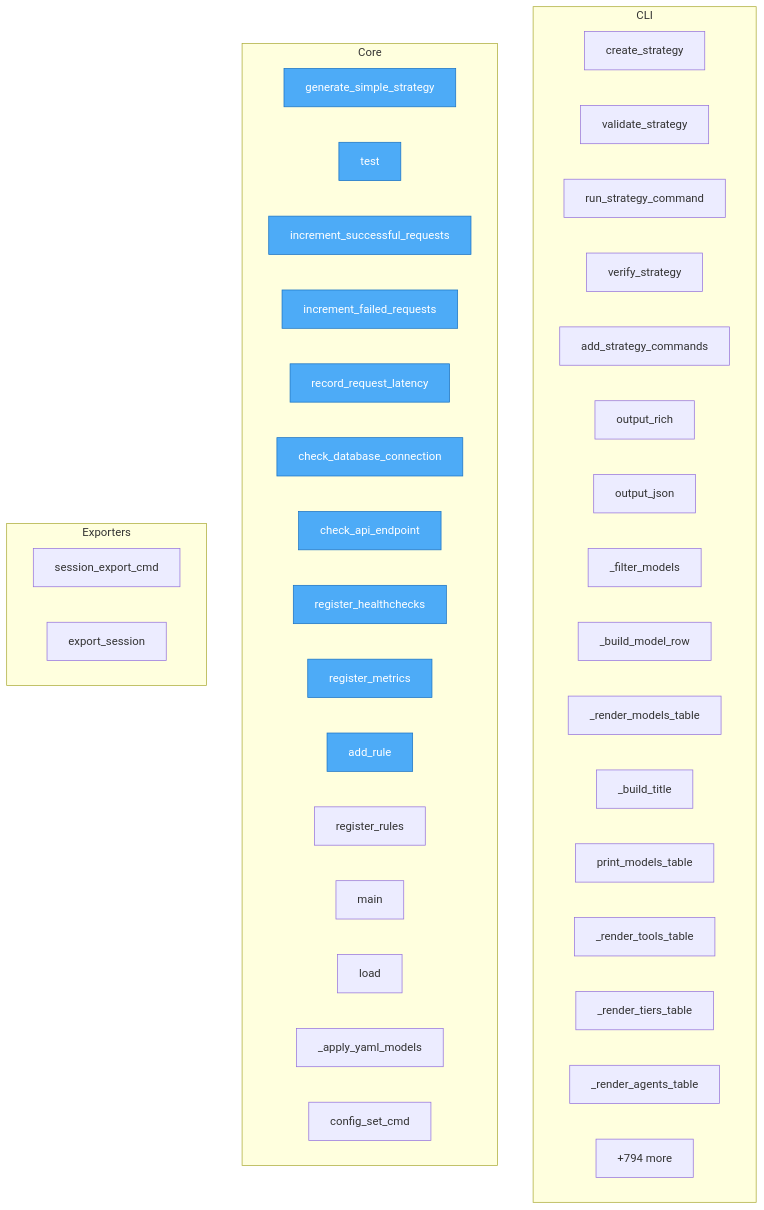
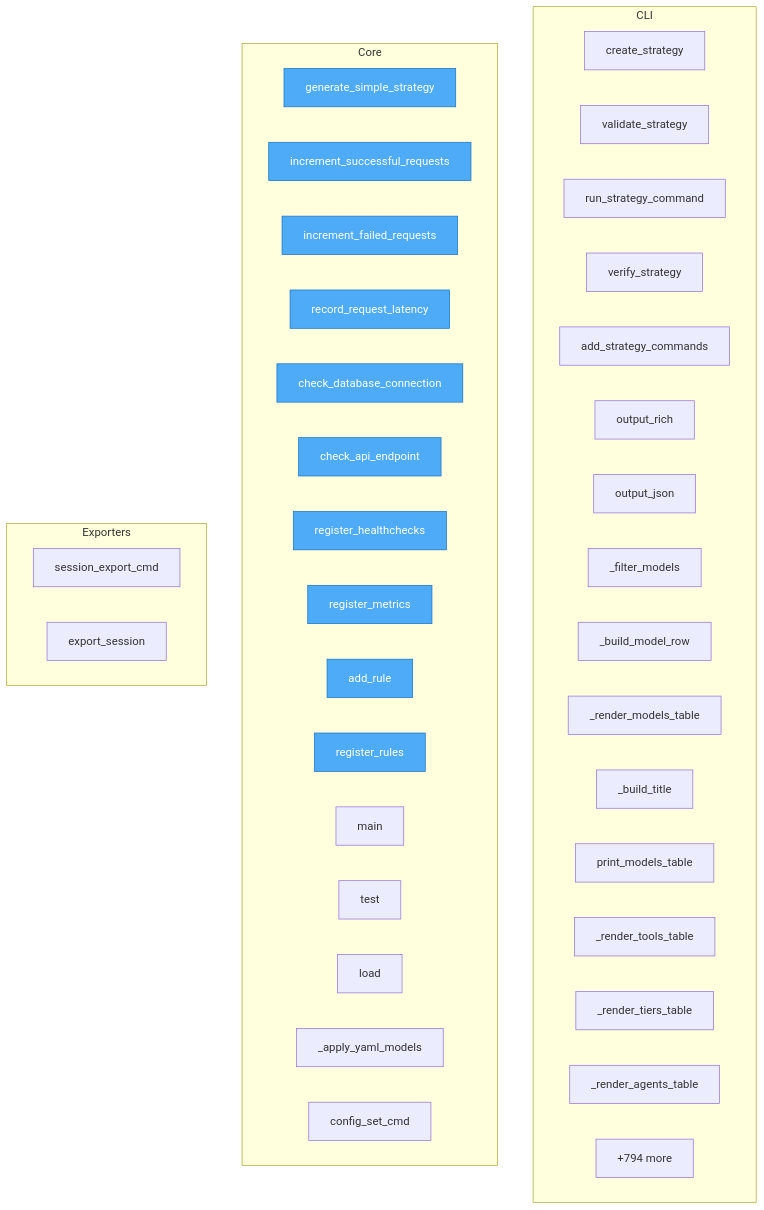
One commit to semcod/llx changed the diagram in project/flow.mmd. Above: the diagram before and after it, drawn with Mermaid. The commit also changed 24 other files, not shown here.

```diff
--- a/project/flow.mmd
+++ b/project/flow.mmd
@@ -1,49 +1,49 @@
 flowchart TD
 
     %% Entry points (blue)
     classDef entry fill:#4dabf7,stroke:#1971c2,color:#fff
 
     subgraph CLI
         llx__cli__strategy_commands__create_strategy["create_strategy"]
         llx__cli__strategy_commands__validate_strategy["validate_strategy"]
         llx__cli__strategy_commands__run_strategy_command["run_strategy_command"]
         llx__cli__strategy_commands__verify_strategy["verify_strategy"]
         llx__cli__strategy_commands__add_strategy_commands["add_strategy_commands"]
         llx__cli__formatters__output_rich["output_rich"]
         llx__cli__formatters__output_json["output_json"]
         llx__cli__formatters___filter_models["_filter_models"]
         llx__cli__formatters___build_model_row["_build_model_row"]
         llx__cli__formatters___render_models_table["_render_models_table"]
         llx__cli__formatters___build_title["_build_title"]
         llx__cli__formatters__print_models_table["print_models_table"]
         llx__cli__formatters___render_tools_table["_render_tools_table"]
         llx__cli__formatters___render_tiers_table["_render_tiers_table"]
         llx__cli__formatters___render_agents_table["_render_agents_table"]
         ...["+30 more"]
     end
 
     subgraph Core
         simple_generate__generate_simple_strategy["generate_simple_strategy"]
-        trace__test["test"]
         my_api__monitoring__CustomMetrics__increment_successful_requests["increment_successful_requests"]
         my_api__monitoring__CustomMetrics__increment_failed_requests["increment_failed_requests"]
         my_api__monitoring__CustomMetrics__record_request_latency["record_request_latency"]
         my_api__monitoring__HealthChecks__check_database_connection["check_database_connection"]
         my_api__monitoring__HealthChecks__check_api_endpoint["check_api_endpoint"]
         my_api__monitoring__HealthChecks__register_healthchecks["register_healthchecks"]
         my_api__monitoring__PrometheusMetrics__register_metrics["register_metrics"]
         my_api__monitoring__AlertingRules__add_rule["add_rule"]
         my_api__monitoring__AlertingRules__register_rules["register_rules"]
         my_api__monitoring__main["main"]
+        trace__test["test"]
         llx__config__LlxConfig__load["load"]
         llx__config___apply_yaml_models["_apply_yaml_models"]
         llx__prellm__cli_config__config_set_cmd["config_set_cmd"]
         ...["+794 more"]
     end
 
     subgraph Exporters
         llx__prellm__cli__session_export_cmd["session_export_cmd"]
         llx__prellm__context__user_memory__UserMemory__export_session["export_session"]
     end
 
-    class simple_generate__generate_simple_strategy,trace__test,my_api__monitoring__CustomMetrics__increment_successful_requests,my_api__monitoring__CustomMetrics__increment_failed_requests,my_api__monitoring__CustomMetrics__record_request_latency,my_api__monitoring__HealthChecks__check_database_connection,my_api__monitoring__HealthChecks__check_api_endpoint,my_api__monitoring__HealthChecks__register_healthchecks,my_api__monitoring__PrometheusMetrics__register_metrics,my_api__monitoring__AlertingRules__add_rule entry
+    class simple_generate__generate_simple_strategy,my_api__monitoring__CustomMetrics__increment_successful_requests,my_api__monitoring__CustomMetrics__increment_failed_requests,my_api__monitoring__CustomMetrics__record_request_latency,my_api__monitoring__HealthChecks__check_database_connection,my_api__monitoring__HealthChecks__check_api_endpoint,my_api__monitoring__HealthChecks__register_healthchecks,my_api__monitoring__PrometheusMetrics__register_metrics,my_api__monitoring__AlertingRules__add_rule,my_api__monitoring__AlertingRules__register_rules entry
```
